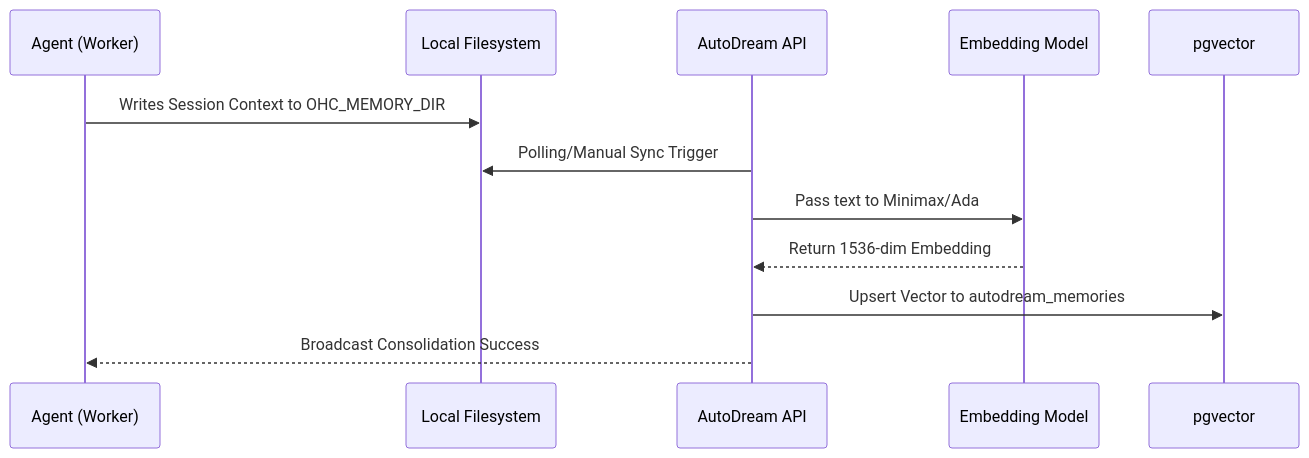
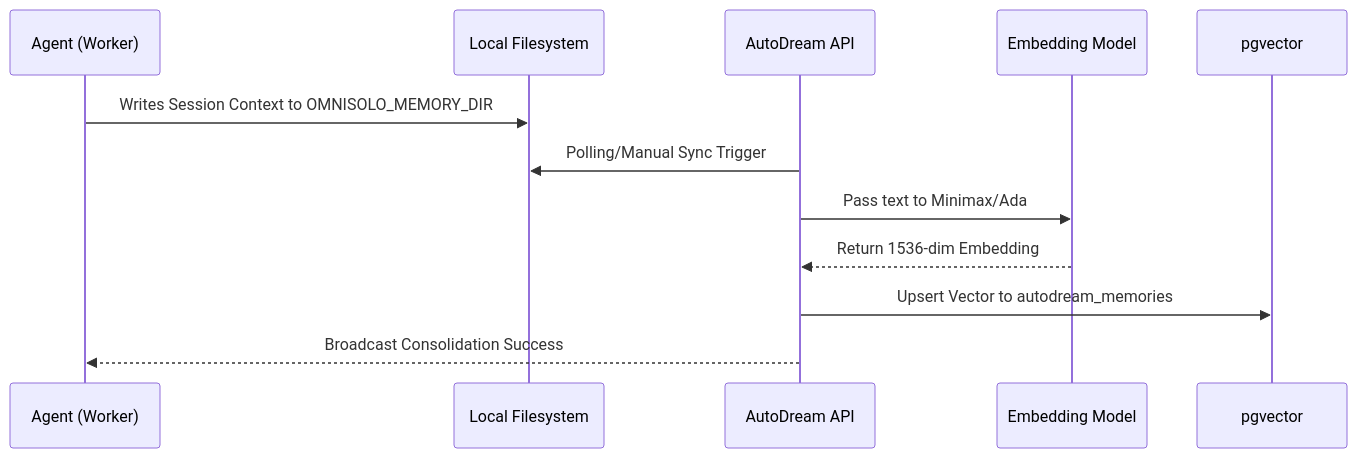
One commit to omnisolo-llc/onehumancorp changed the diagram in docs/technical/api/kairos-orchestration-api.md. Above: the diagram before and after it, drawn with Mermaid. The commit also changed other lines of this file and 2191 other files, not shown here.

````diff
--- a/docs/technical/api/kairos-orchestration-api.md
+++ b/docs/technical/api/kairos-orchestration-api.md
@@ -115,15 +115,15 @@
 ```mermaid
 sequenceDiagram
     participant Worker as Agent (Worker)
     participant FS as Local Filesystem
     participant AutoDream as AutoDream API
     participant LLM as Embedding Model
     participant DB as pgvector
 
-    Worker->>FS: Writes Session Context to OHC_MEMORY_DIR
+    Worker->>FS: Writes Session Context to OMNISOLO_MEMORY_DIR
     AutoDream->>FS: Polling/Manual Sync Trigger
     AutoDream->>LLM: Pass text to Minimax/Ada
     LLM-->>AutoDream: Return 1536-dim Embedding
     AutoDream->>DB: Upsert Vector to autodream_memories
     AutoDream-->>Worker: Broadcast Consolidation Success
 ```
````
